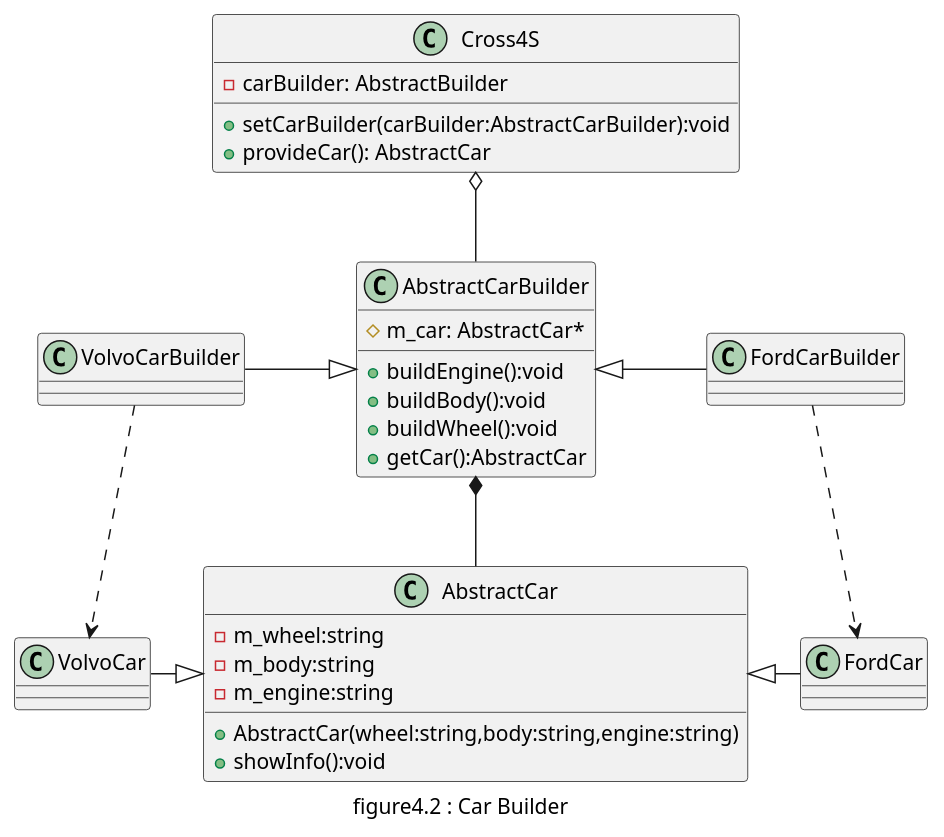
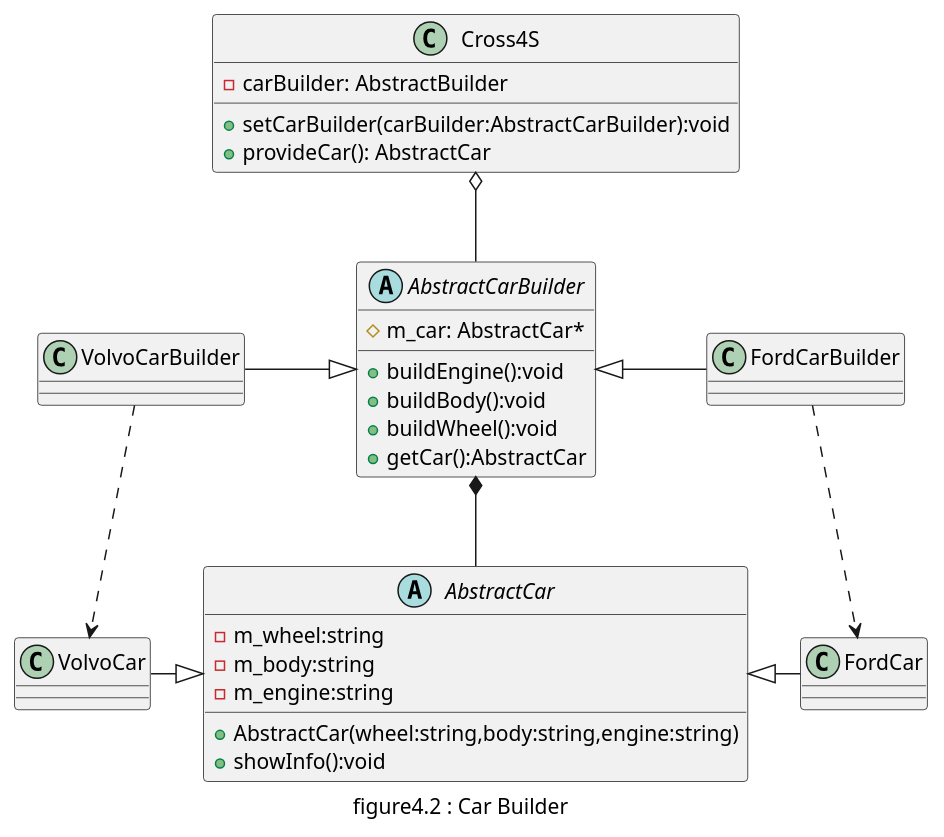
The diagram in doc/uml/04_car_builder.pu (daileyet/designpattern4cplusplus), drawn with PlantUML before and after one commit. The commit also changed 32 other files, not shown here.

Commit message:
add iterator and change uml before

```diff
--- a/doc/uml/04_car_builder.pu
+++ b/doc/uml/04_car_builder.pu
@@ -1,38 +1,38 @@
 @startuml "figure4.2_carbuilder"
 caption figure4.2 : Car Builder
-class AbstractCar{
+abstract class AbstractCar{
     - m_wheel:string
     - m_body:string
     - m_engine:string
     + AbstractCar(wheel:string,body:string,engine:string)
     + showInfo():void
 }
 
-class AbstractCarBuilder{
+abstract class AbstractCarBuilder{
     # m_car: AbstractCar*
     + buildEngine():void
     + buildBody():void
     + buildWheel():void
     + getCar():AbstractCar
 }
 
 class FordCar{}
 class VolvoCar{}
 class FordCarBuilder{}
 class VolvoCarBuilder{}
 
 class Cross4S{
     - carBuilder: AbstractBuilder
     + setCarBuilder(carBuilder:AbstractCarBuilder):void
     + provideCar(): AbstractCar
 }
 
 AbstractCarBuilder <|-right- FordCarBuilder
 AbstractCarBuilder <|-left- VolvoCarBuilder
 AbstractCarBuilder *-down- AbstractCar
 AbstractCar <|-right FordCar
 AbstractCar <|-left- VolvoCar
 FordCarBuilder ..> FordCar
 VolvoCarBuilder ..> VolvoCar
 Cross4S o-- AbstractCarBuilder
 @enduml
```
